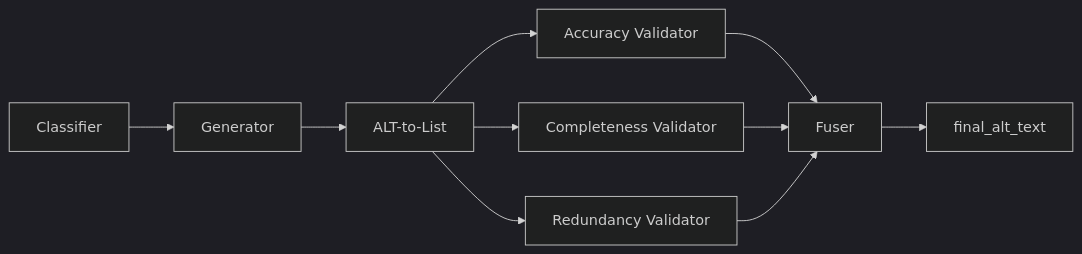
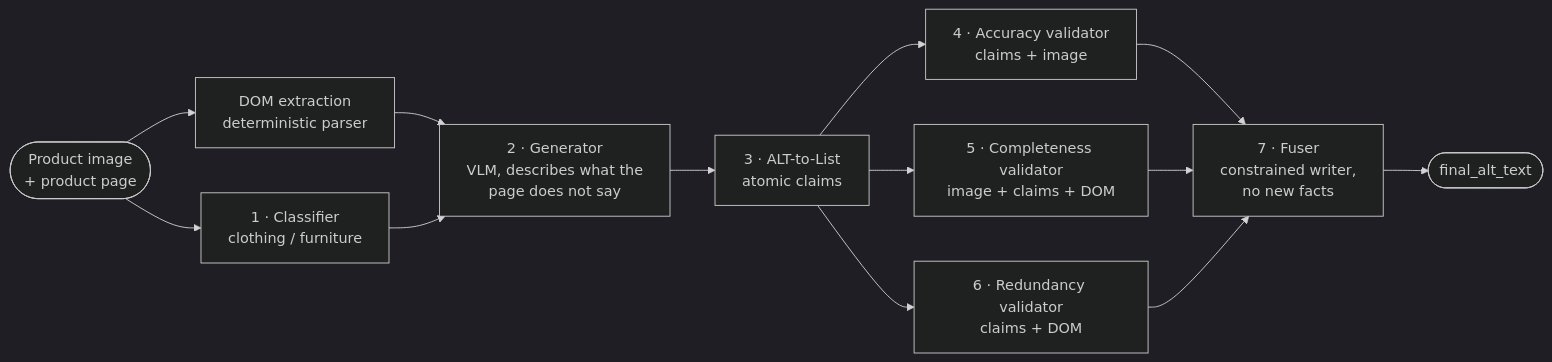
One commit to Abdulkarem-SHAHEN/ViGALT changed the diagram in README.md. Above: the diagram before and after it, drawn with Mermaid (dark theme). The commit also changed other lines of this file, not shown here.

````diff
--- a/README.md
+++ b/README.md
@@ -9,12 +81,15 @@
 ```mermaid
 flowchart LR
-  classifier[Classifier] --> generator[Generator]
-  generator --> altToList[ALT-to-List]
-  altToList --> accuracy[Accuracy Validator]
-  altToList --> completeness[Completeness Validator]
-  altToList --> redundancy[Redundancy Validator]
-  accuracy --> fuser[Fuser]
+  page(["Product image<br/>+ product page"]) --> dom["DOM extraction<br/>deterministic parser"]
+  page --> classifier["1 · Classifier<br/>clothing / furniture"]
+  dom --> generator
+  classifier --> generator["2 · Generator<br/>VLM, describes what the<br/>page does not say"]
+  generator --> altToList["3 · ALT-to-List<br/>atomic claims"]
+  altToList --> accuracy["4 · Accuracy validator<br/>claims + image"]
+  altToList --> completeness["5 · Completeness validator<br/>image + claims + DOM"]
+  altToList --> redundancy["6 · Redundancy validator<br/>claims + DOM"]
+  accuracy --> fuser["7 · Fuser<br/>constrained writer,<br/>no new facts"]
   completeness --> fuser
   redundancy --> fuser
-  fuser --> finalAlt[final_alt_text]
+  fuser --> finalAlt(["final_alt_text"])
 ```
````
